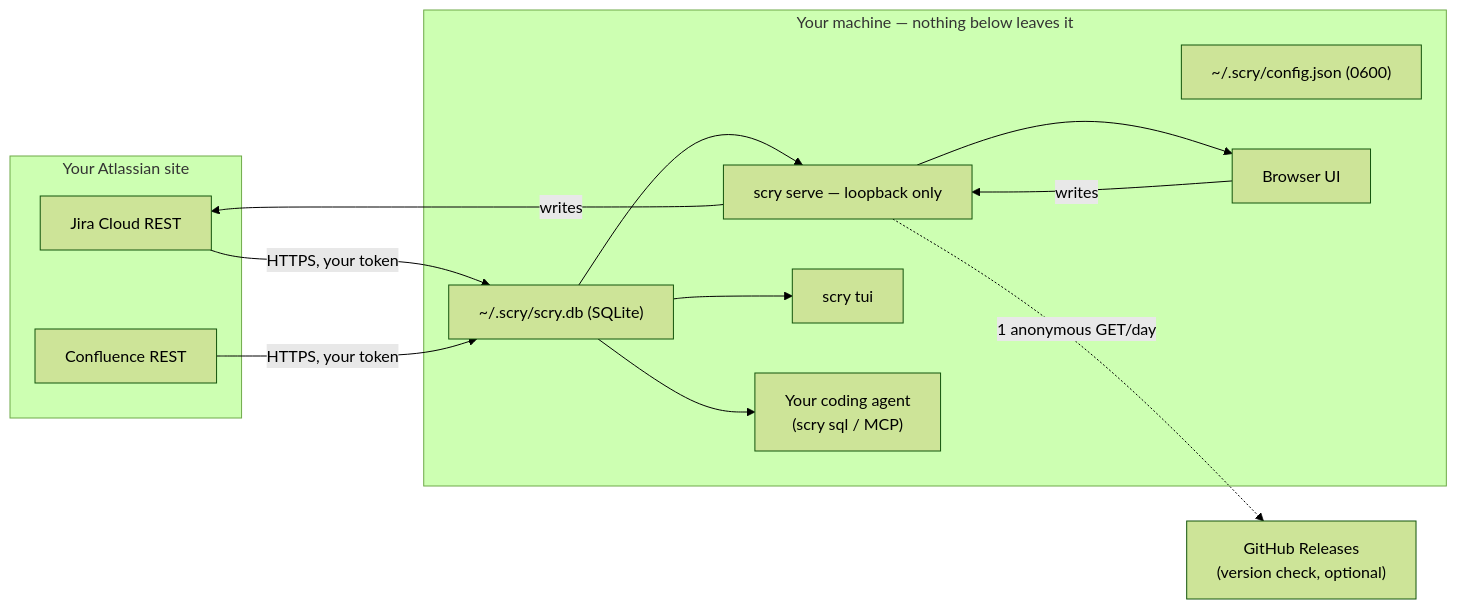
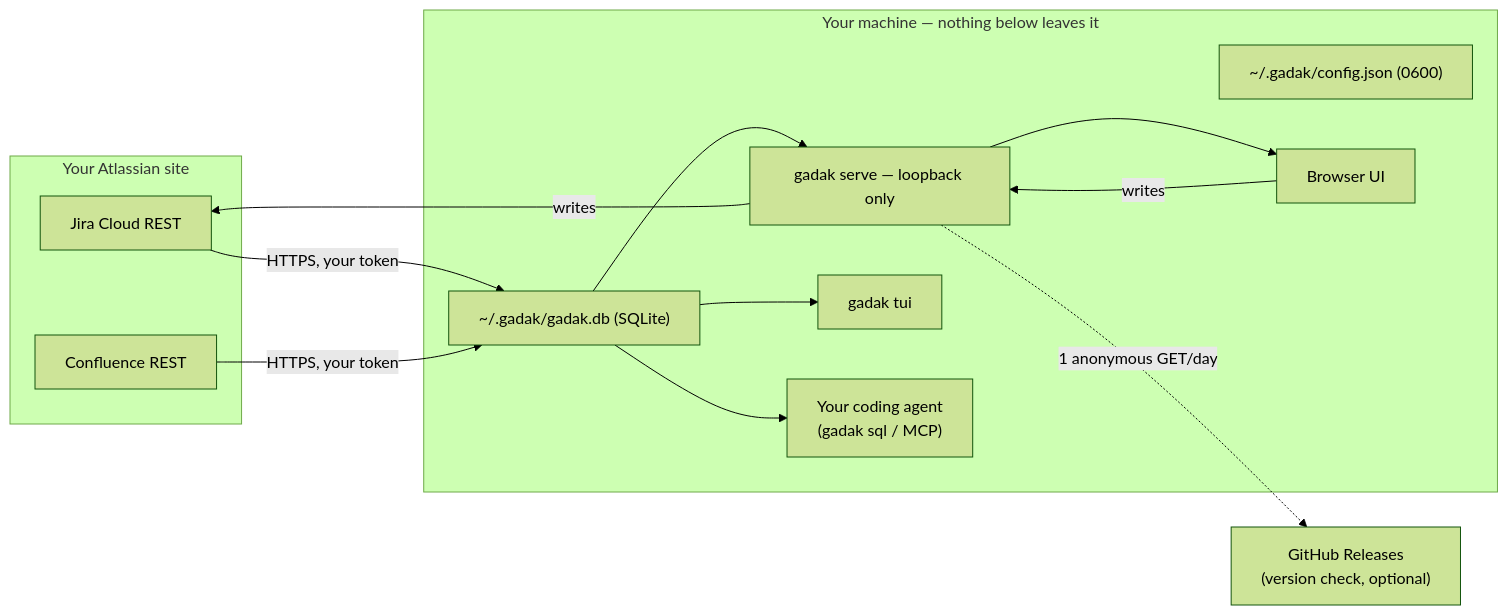
One commit to midagedev/gadak changed the diagram in SECURITY.md. Above: the diagram before and after it, drawn with Mermaid (forest theme). The commit also changed other lines of this file and 298 other files, not shown here.

First line of the commit message:
refactor: rename the product from scry to gadak

````diff
--- a/SECURITY.md
+++ b/SECURITY.md
@@ -69,23 +69,23 @@
 ```mermaid
 flowchart LR
   subgraph internet [Your Atlassian site]
     Jira["Jira Cloud REST"]
     Wiki["Confluence REST"]
   end
   subgraph machine [Your machine — nothing below leaves it]
-    DB["~/.scry/scry.db (SQLite)"]
-    CFG["~/.scry/config.json (0600)"]
-    Serve["scry serve — loopback only"]
+    DB["~/.gadak/gadak.db (SQLite)"]
+    CFG["~/.gadak/config.json (0600)"]
+    Serve["gadak serve — loopback only"]
     UI["Browser UI"]
-    TUI["scry tui"]
-    Agent["Your coding agent<br/>(scry sql / MCP)"]
+    TUI["gadak tui"]
+    Agent["Your coding agent<br/>(gadak sql / MCP)"]
   end
   GH["GitHub Releases<br/>(version check, optional)"]
   Jira -->|"HTTPS, your token"| DB
   Wiki -->|"HTTPS, your token"| DB
   DB --> Serve --> UI
   DB --> TUI
   DB --> Agent
   UI -->|"writes"| Serve -->|"writes"| Jira
   Serve -.->|"1 anonymous GET/day"| GH
 ```
````
